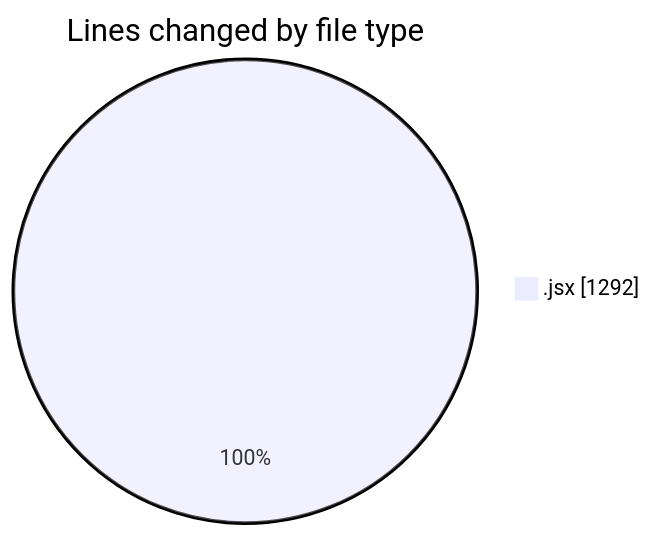
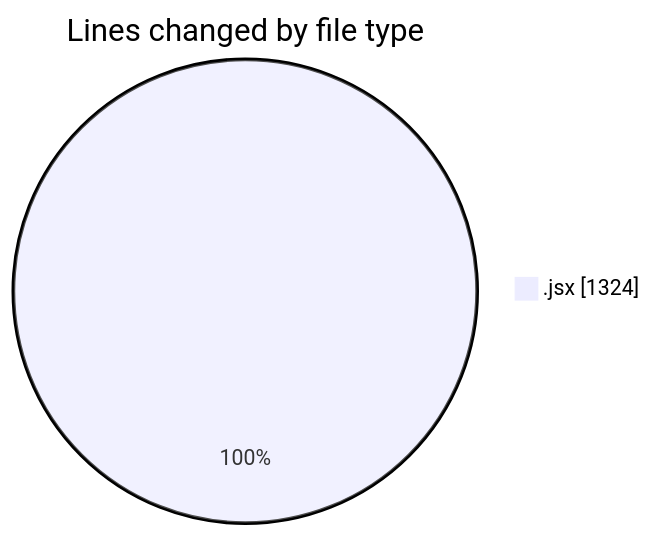
Before and after one commit to nxtqubesakshisongat/code-tracking: the first of 2 diagrams in 2025-11-17/argos/README.md, drawn with Mermaid. The commit also changed other lines of this file and 1 other file, not shown here.

````diff
--- a/2025-11-17/argos/README.md
+++ b/2025-11-17/argos/README.md
@@ -20,5 +20,5 @@
 ```mermaid
 pie showData
 title Lines changed by file type
-".jsx" : 1292
+".jsx" : 1324
 ```
````
